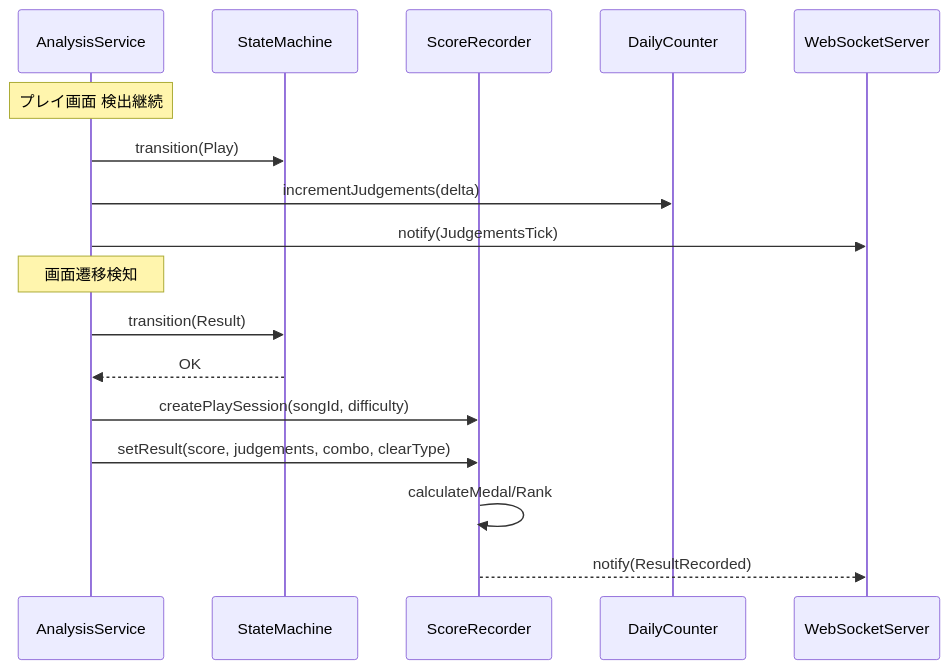
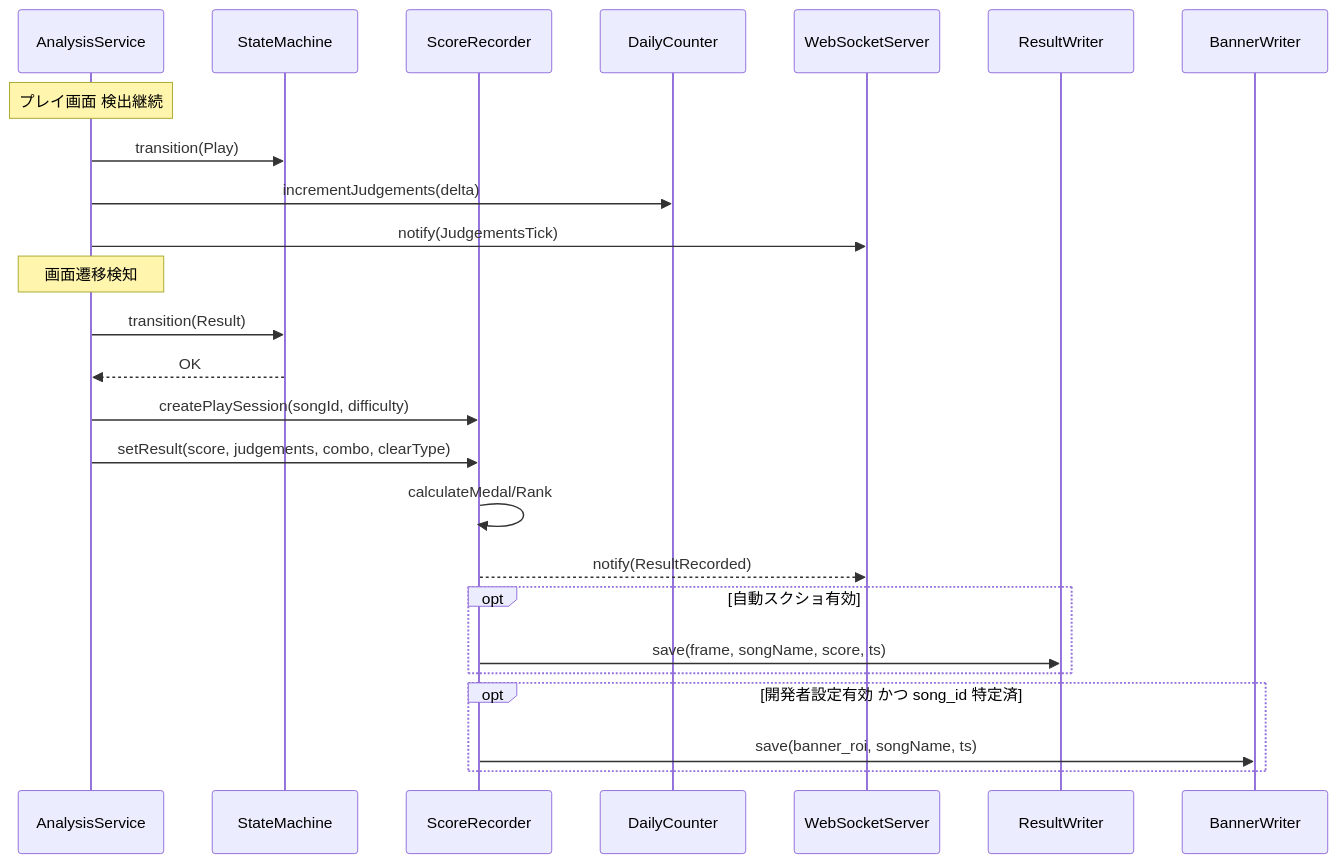
Before and after one commit to Freedom645/livelyrec: the third of 9 diagrams in docs/design/05_基本設計書.md, drawn with Mermaid. The commit also changed other lines of this file and 7 other files, not shown here.

````diff
--- a/docs/design/05_基本設計書.md
+++ b/docs/design/05_基本設計書.md
@@ -161,21 +168,27 @@
 ```mermaid
 sequenceDiagram
     participant AS as AnalysisService
     participant SM as StateMachine
     participant SR as ScoreRecorder
     participant DC as DailyCounter
     participant WS as WebSocketServer
 
     Note over AS: プレイ画面 検出継続
     AS->>SM: transition(Play)
     AS->>DC: incrementJudgements(delta)
     AS->>WS: notify(JudgementsTick)
 
     Note over AS: 画面遷移検知
     AS->>SM: transition(Result)
     SM-->>AS: OK
     AS->>SR: createPlaySession(songId, difficulty)
     AS->>SR: setResult(score, judgements, combo, clearType)
     SR->>SR: calculateMedal/Rank
     SR-->>WS: notify(ResultRecorded)
+    opt 自動スクショ有効
+        SR->>ResultWriter: save(frame, songName, score, ts)
+    end
+    opt 開発者設定有効 かつ song_id 特定済
+        SR->>BannerWriter: save(banner_roi, songName, ts)
+    end
 ```
````
